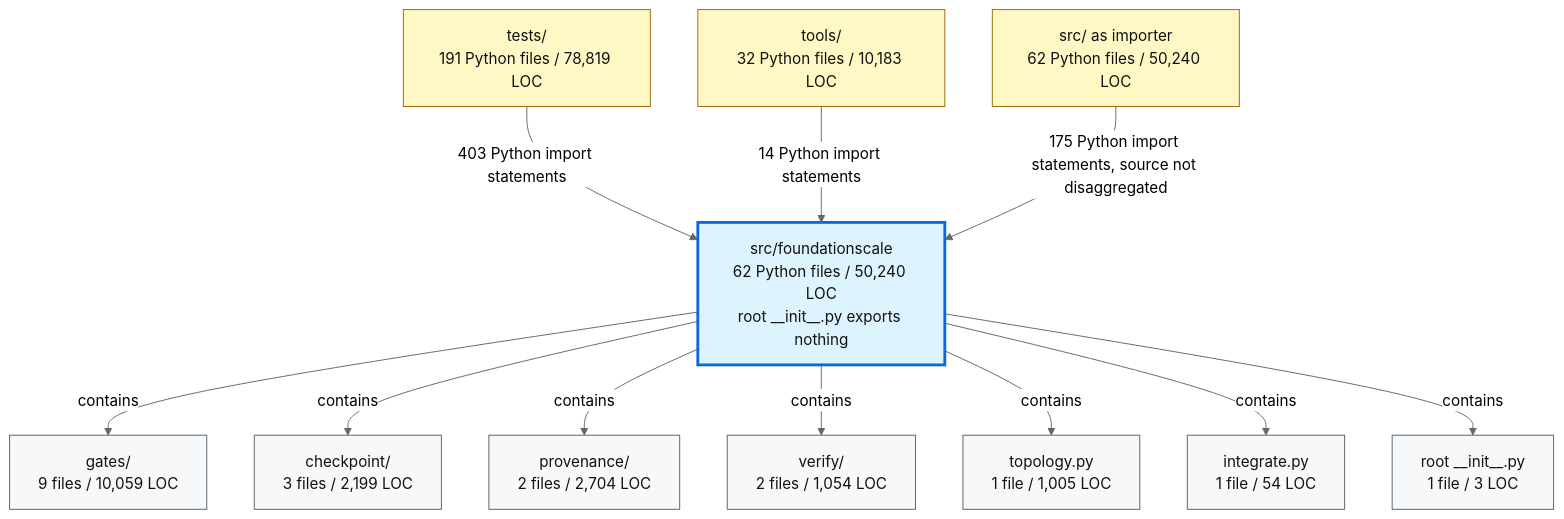
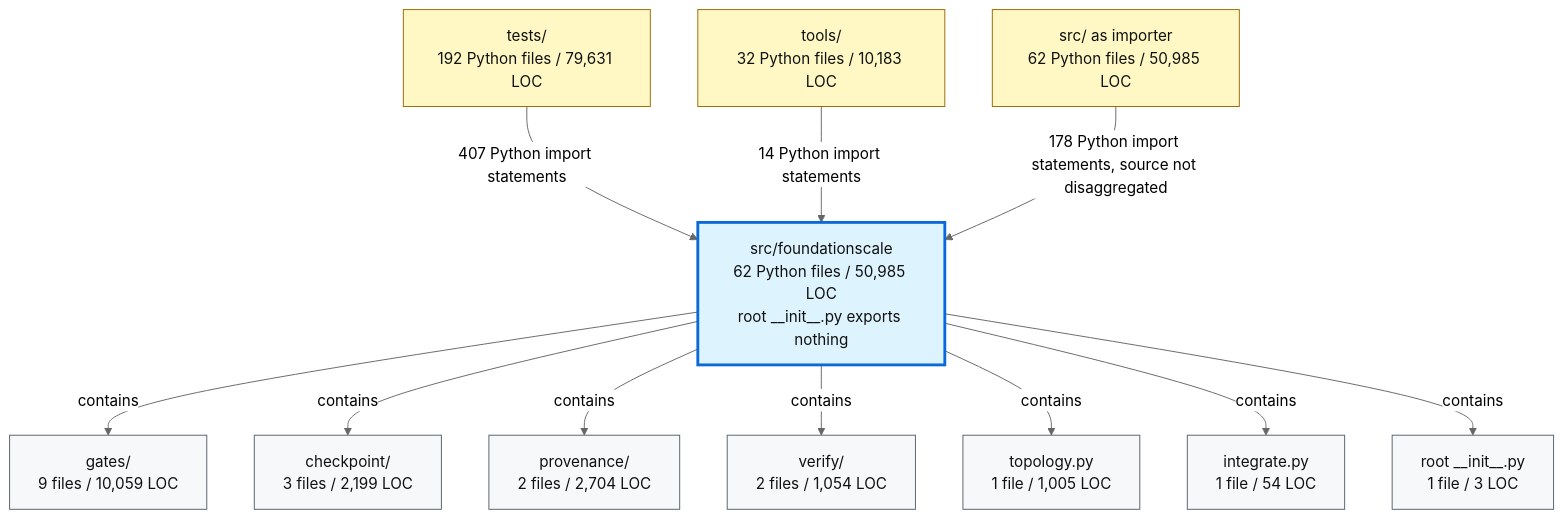
One commit to TranNhiem/FoundationScale changed the second of 2 diagrams in docs/review/D2_current_architecture.md. Above: the diagram before and after it, drawn with Mermaid (neutral theme). The commit also changed other lines of this file and 10 other files, not shown here.

````diff
--- a/docs/review/D2_current_architecture.md
+++ b/docs/review/D2_current_architecture.md
@@ -97,36 +97,36 @@
 ```mermaid
 flowchart TB
-  TESTS["tests/<br/>191 Python files / 78,819 LOC"]
+  TESTS["tests/<br/>192 Python files / 79,631 LOC"]
   TOOLS["tools/<br/>32 Python files / 10,183 LOC"]
-  SRC["src/ as importer<br/>62 Python files / 50,240 LOC"]
+  SRC["src/ as importer<br/>62 Python files / 50,985 LOC"]
 
-  FS["src/foundationscale<br/>62 Python files / 50,240 LOC<br/>root __init__.py exports nothing"]
+  FS["src/foundationscale<br/>62 Python files / 50,985 LOC<br/>root __init__.py exports nothing"]
 
   GATES["gates/<br/>9 files / 10,059 LOC"]
   CKPT["checkpoint/<br/>3 files / 2,199 LOC"]
   PROV["provenance/<br/>2 files / 2,704 LOC"]
   VERIFY["verify/<br/>2 files / 1,054 LOC"]
   TOPO["topology.py<br/>1 file / 1,005 LOC"]
   INTEG["integrate.py<br/>1 file / 54 LOC"]
   ROOT["root __init__.py<br/>1 file / 3 LOC"]
 
-  TESTS -->|"403 Python import statements"| FS
+  TESTS -->|"407 Python import statements"| FS
   TOOLS -->|"14 Python import statements"| FS
-  SRC -->|"175 Python import statements, source not disaggregated"| FS
+  SRC -->|"178 Python import statements, source not disaggregated"| FS
 
   FS -->|"contains"| GATES
   FS -->|"contains"| CKPT
   FS -->|"contains"| PROV
   FS -->|"contains"| VERIFY
   FS -->|"contains"| TOPO
   FS -->|"contains"| INTEG
   FS -->|"contains"| ROOT
 
   classDef consumer fill:#fff8c5,stroke:#9a6700,color:#111;
   classDef package fill:#ddf4ff,stroke:#0969da,stroke-width:3px,color:#111;
   classDef module fill:#f6f8fa,stroke:#57606a,color:#111;
 
   class TESTS,TOOLS,SRC consumer;
   class FS package;
   class GATES,CKPT,PROV,VERIFY,TOPO,INTEG,ROOT module;
 ```
````
